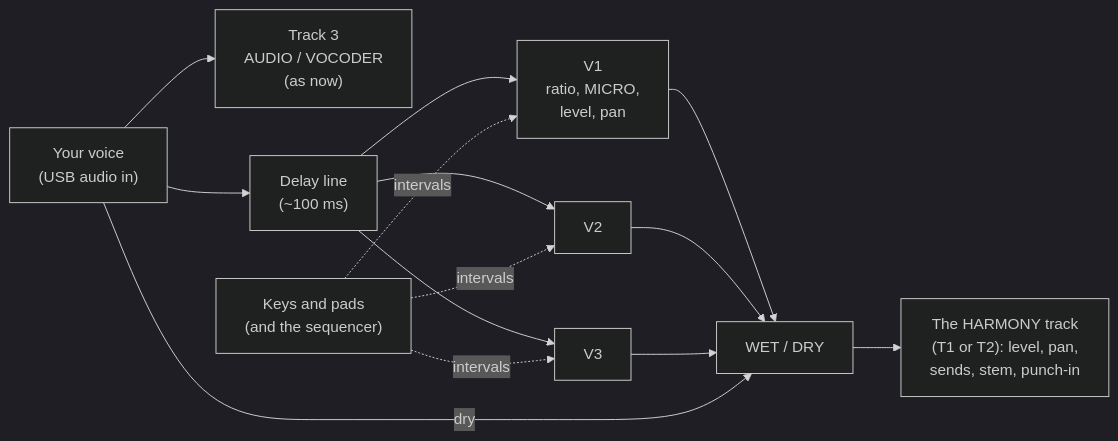
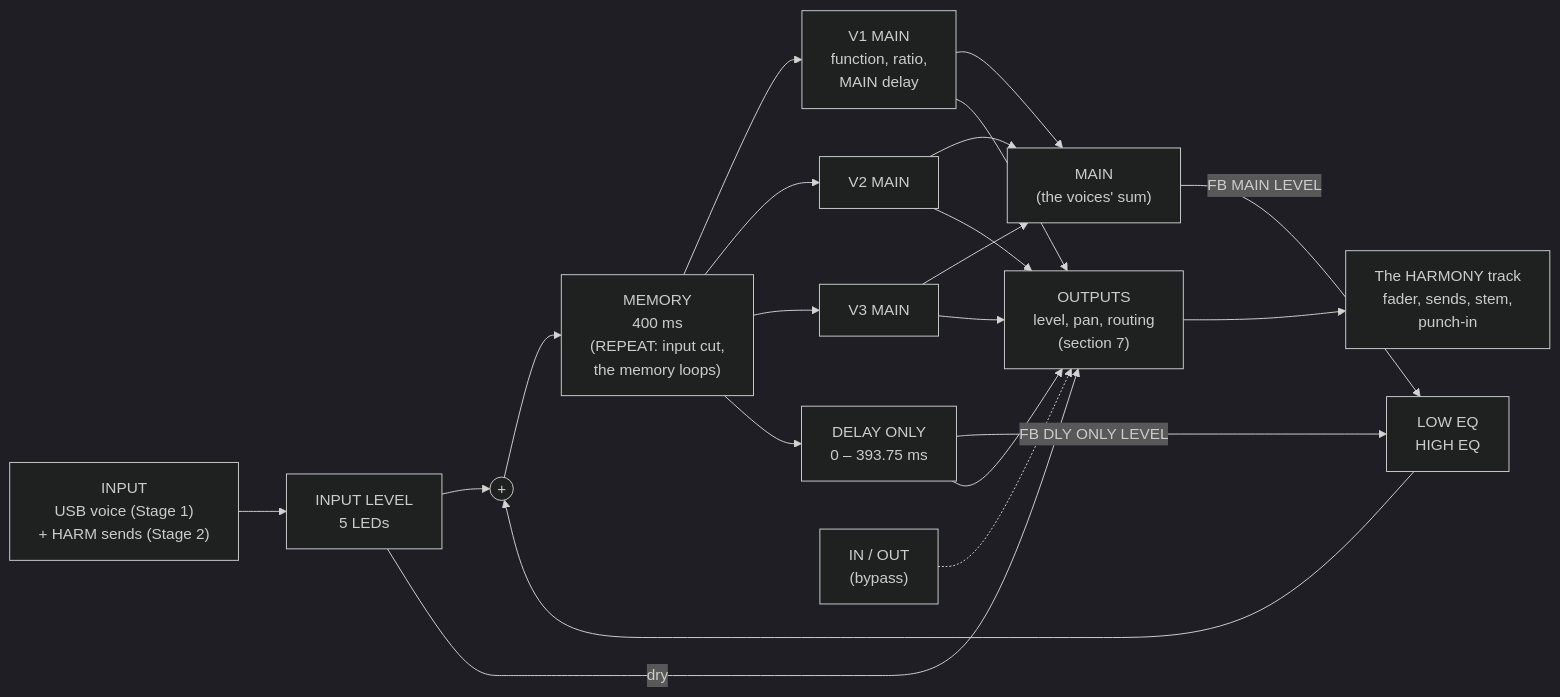
Before and after one commit to MiloMeowzers/sloop-smk37: the diagram in HARMONISER.md, drawn with Mermaid (dark theme). The commit also changed other lines of this file, not shown here.

First line of the commit message:
docs(harmoniser): rebuild the manual on the H949's architecture

````diff
--- a/HARMONISER.md
+++ b/HARMONISER.md
@@ -40,14 +49,18 @@
 ```mermaid
 flowchart LR
-  MIC["Your voice<br/>(USB audio in)"] --> T3["Track 3<br/>AUDIO / VOCODER<br/>(as now)"]
-  MIC --> DL["Delay line<br/>(~100 ms)"]
-  DL --> V1["V1<br/>ratio, MICRO,<br/>level, pan"]
-  DL --> V2["V2"]
-  DL --> V3["V3"]
-  V1 --> WD["WET / DRY"]
-  V2 --> WD
-  V3 --> WD
-  MIC -->|dry| WD
-  WD --> TR["The HARMONY track<br/>(T1 or T2): level, pan,<br/>sends, stem, punch-in"]
-  K["Keys and pads<br/>(and the sequencer)"] -.->|intervals| V1 & V2 & V3
+  SRC["INPUT<br/>USB voice (Stage 1)<br/>+ HARM sends (Stage 2)"] --> IL["INPUT LEVEL<br/>5 LEDs"] --> SUM(("+"))
+  SUM --> MEM["MEMORY<br/>400 ms<br/>(REPEAT: input cut,<br/>the memory loops)"]
+  MEM --> V1["V1 MAIN<br/>function, ratio,<br/>MAIN delay"]
+  MEM --> V2["V2 MAIN"]
+  MEM --> V3["V3 MAIN"]
+  MEM --> DO["DELAY ONLY<br/>0 – 393.75 ms"]
+  V1 & V2 & V3 --> MB["MAIN<br/>(the voices' sum)"]
+  MB -->|"FB MAIN LEVEL"| EQ["LOW EQ<br/>HIGH EQ"]
+  DO -->|"FB DLY ONLY LEVEL"| EQ
+  EQ --> SUM
+  IL -->|dry| OUT["OUTPUTS<br/>level, pan, routing<br/>(section 7)"]
+  V1 & V2 & V3 --> OUT
+  DO --> OUT
+  OUT --> TR["The HARMONY track<br/>fader, sends, stem,<br/>punch-in"]
+  BYP["IN / OUT<br/>(bypass)"] -.-> OUT
 ```
````
